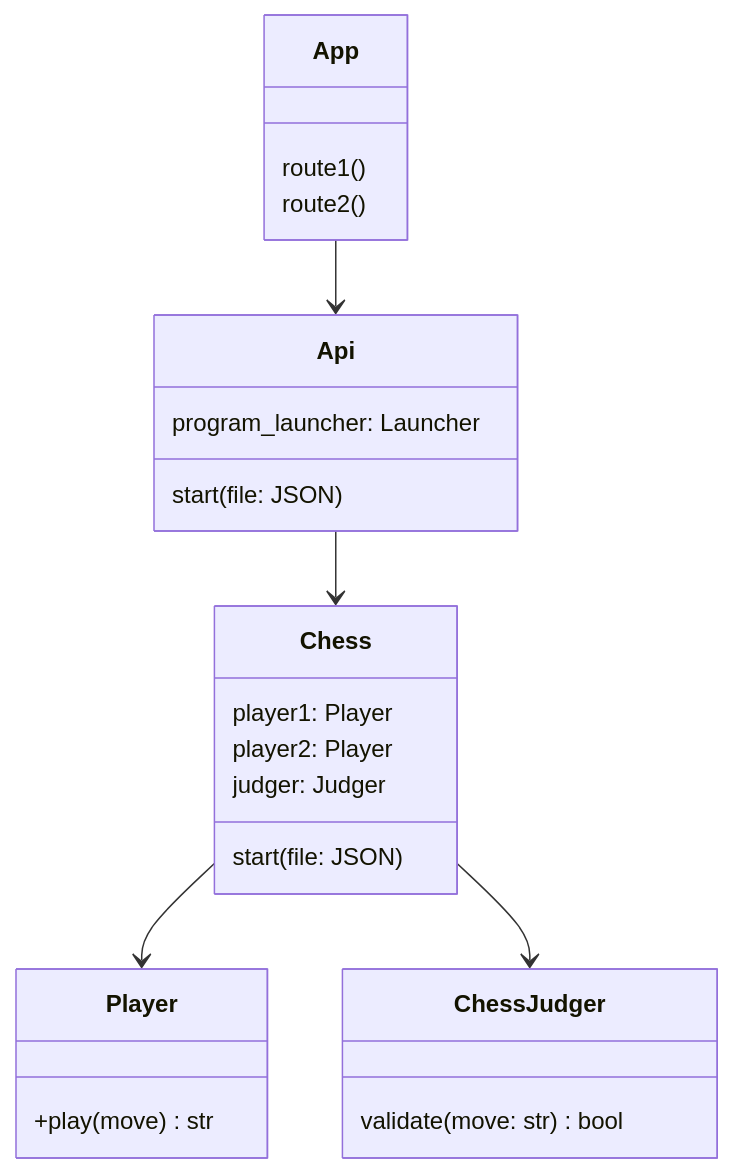
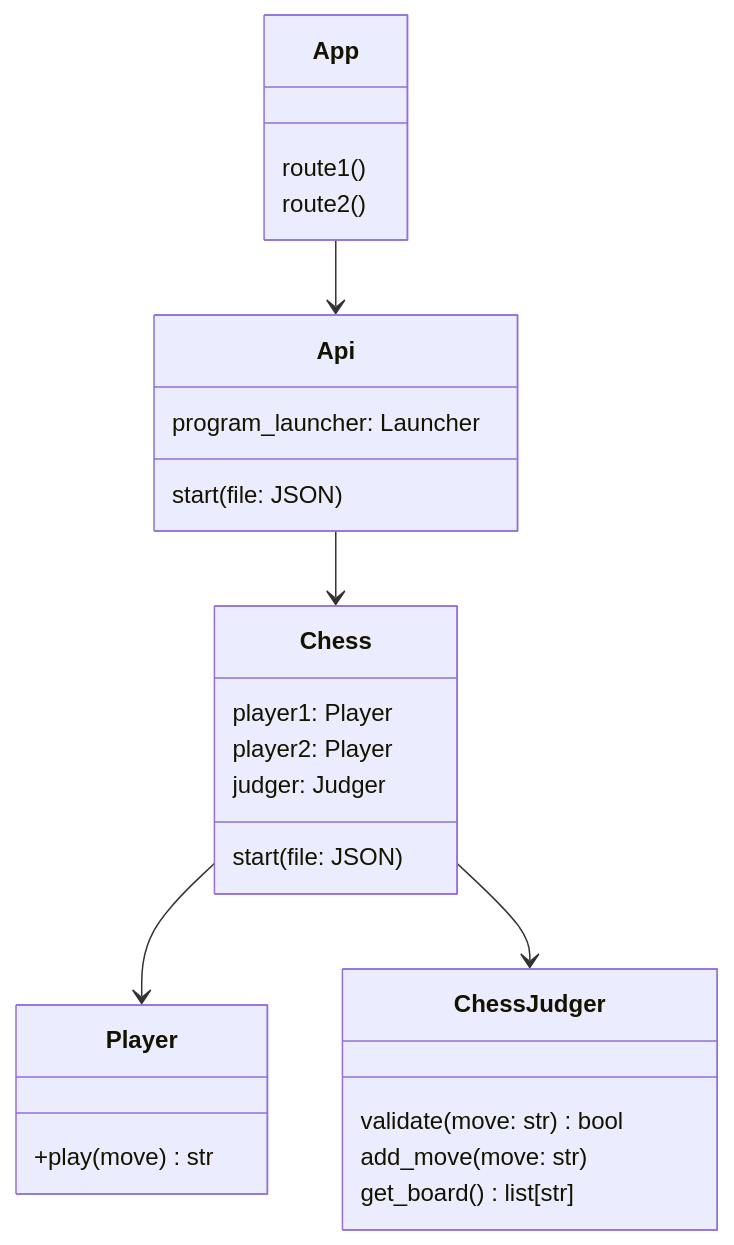
Before and after one commit to game-ai-platform-team/tira-ai-platform: the second of 2 diagrams in docs/architecture.md, drawn with Mermaid. The commit also changed 1 other file, not shown here.

Commit message:
refactor(17): Add add_move and get_board to ChessJudger

````diff
--- a/docs/architecture.md
+++ b/docs/architecture.md
@@ -40,33 +40,35 @@
 ```mermaid
 classDiagram
 
 App --> Api
 Api --> Chess
 Chess --> Player
 Chess --> ChessJudger
 
 class Chess {
     start(file: JSON)
     player1: Player
     player2: Player
     judger: Judger
 }
 
 class ChessJudger {
     validate(move: str) bool
+    add_move(move: str)
+    get_board() list[str]
 }
 
 class Player {
     +play(move) str
 }
 
 class Api {
     start(file: JSON)
     program_launcher: Launcher
 }
 
 class App {
     route1()
     route2()
 }
 ```
````
